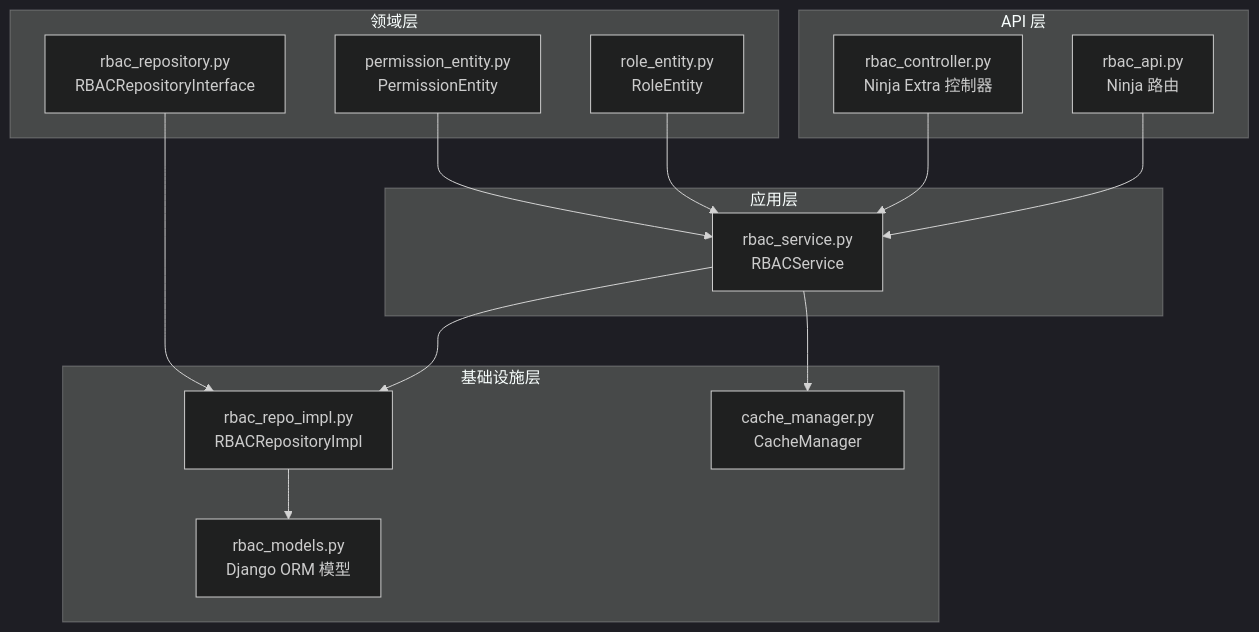
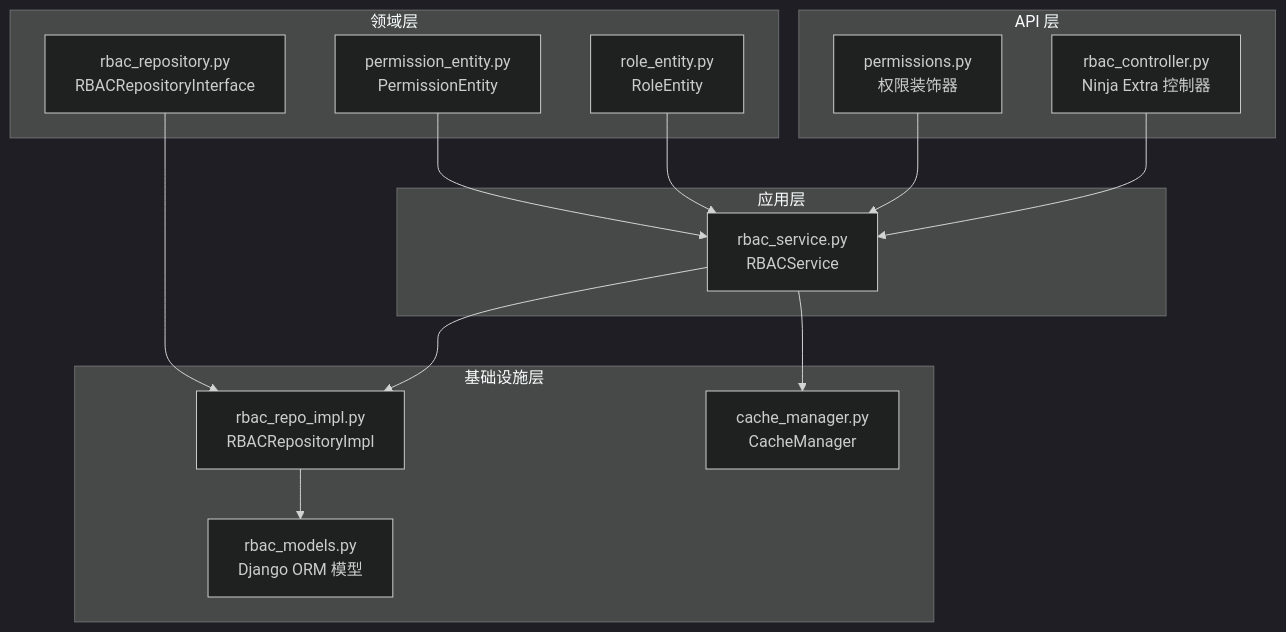
The first of 10 diagrams in .qoder/repowiki/zh/content/核心模块/权限管理系统.md (taoweidong/Hello-Django-Ninja-Api), drawn with Mermaid (dark theme) before and after one commit. The commit also changed other lines of this file and 96 other files, not shown here.

````diff
--- a/.qoder/repowiki/zh/content/核心模块/权限管理系统.md
+++ b/.qoder/repowiki/zh/content/核心模块/权限管理系统.md
@@ -52,28 +58,28 @@
 ```mermaid
 graph TB
 subgraph "API 层"
-A1["rbac_api.py<br/>Ninja 路由"]
-A2["rbac_controller.py<br/>Ninja Extra 控制器"]
+A1["rbac_controller.py<br/>Ninja Extra 控制器"]
+A2["permissions.py<br/>权限装饰器"]
 end
 subgraph "应用层"
 S1["rbac_service.py<br/>RBACService"]
 end
 subgraph "领域层"
 D1["role_entity.py<br/>RoleEntity"]
 D2["permission_entity.py<br/>PermissionEntity"]
 DI["rbac_repository.py<br/>RBACRepositoryInterface"]
 end
 subgraph "基础设施层"
 I1["rbac_repo_impl.py<br/>RBACRepositoryImpl"]
 I2["rbac_models.py<br/>Django ORM 模型"]
 I3["cache_manager.py<br/>CacheManager"]
 end
 A1 --> S1
 A2 --> S1
 S1 --> I1
 I1 --> I2
 S1 --> I3
 DI --> I1
 D1 --> S1
 D2 --> S1
 ```
````
